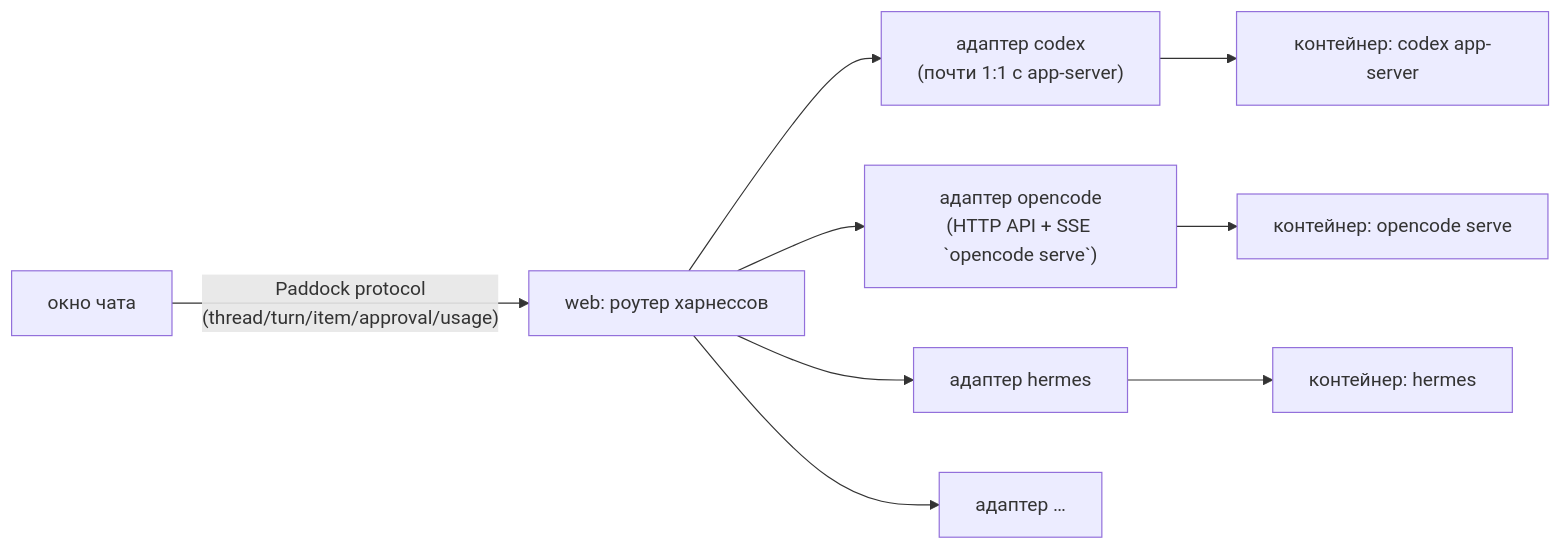
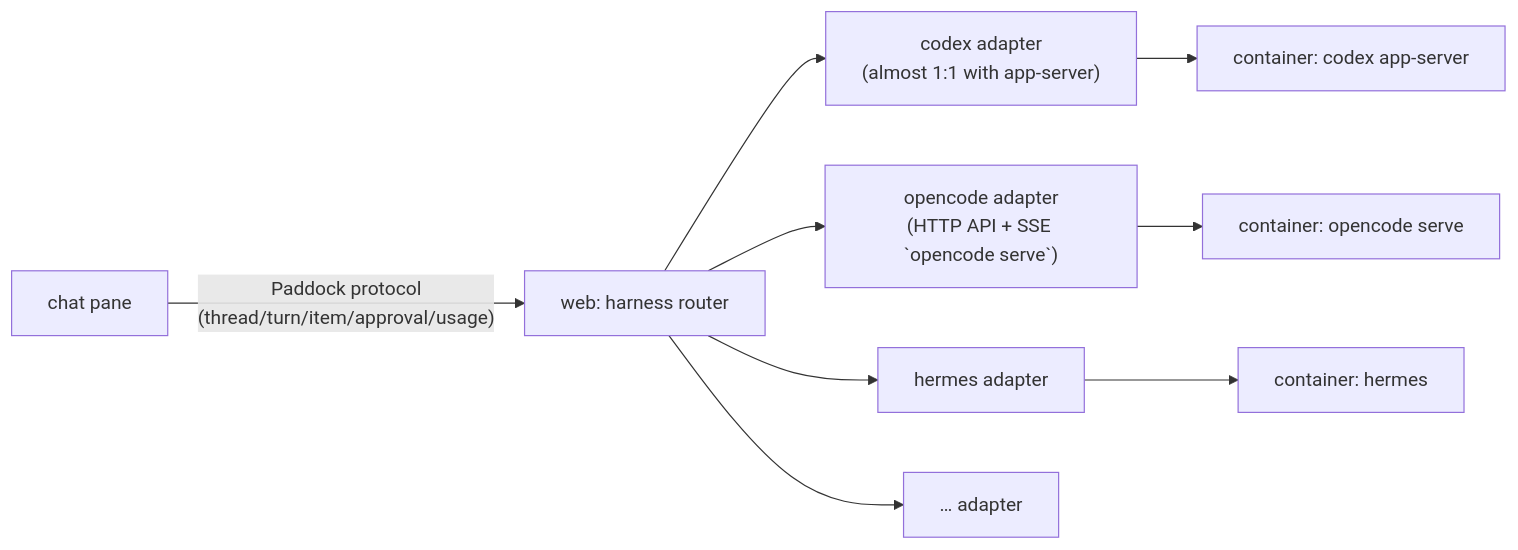
Before and after one commit to RAZUM-DC/paddock: the diagram in docs/reference/harness-protocol.md, drawn with Mermaid. The commit also changed other lines of this file and 45 other files, not shown here.

````diff
--- a/docs/reference/harness-protocol.md
+++ b/docs/reference/harness-protocol.md
@@ -29,11 +29,11 @@
 ```mermaid
 flowchart LR
-  pane["окно чата"] -- "Paddock protocol\n(thread/turn/item/approval/usage)" --> router["web: роутер харнессов"]
-  router --> a1["адаптер codex\n(почти 1:1 с app-server)"]
-  router --> a2["адаптер opencode\n(HTTP API + SSE `opencode serve`)"]
-  router --> a3["адаптер hermes"]
-  router --> a4["адаптер …"]
-  a1 --> c1["контейнер: codex app-server"]
-  a2 --> c2["контейнер: opencode serve"]
-  a3 --> c3["контейнер: hermes"]
+  pane["chat pane"] -- "Paddock protocol\n(thread/turn/item/approval/usage)" --> router["web: harness router"]
+  router --> a1["codex adapter\n(almost 1:1 with app-server)"]
+  router --> a2["opencode adapter\n(HTTP API + SSE `opencode serve`)"]
+  router --> a3["hermes adapter"]
+  router --> a4["… adapter"]
+  a1 --> c1["container: codex app-server"]
+  a2 --> c2["container: opencode serve"]
+  a3 --> c3["container: hermes"]
 ```
````
